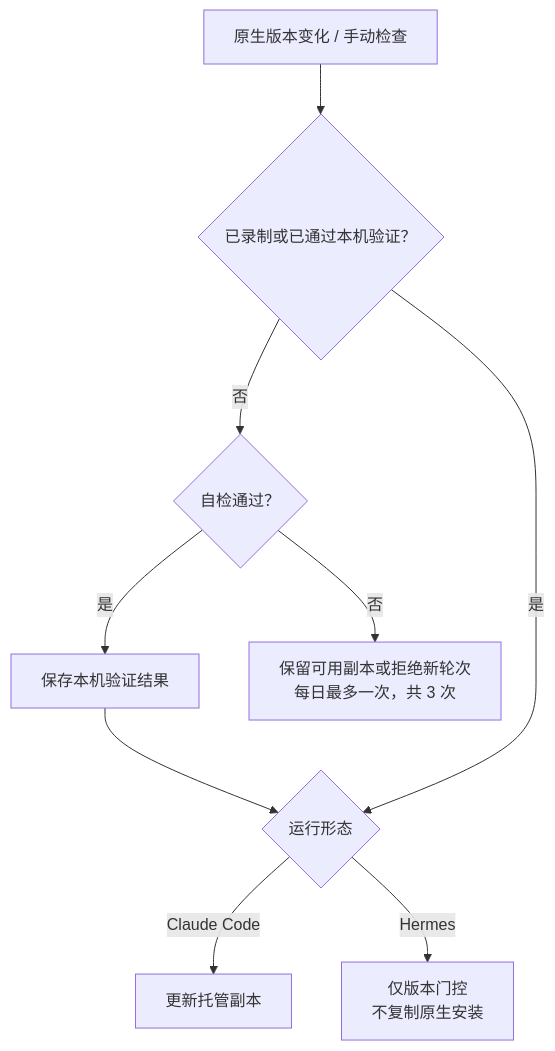
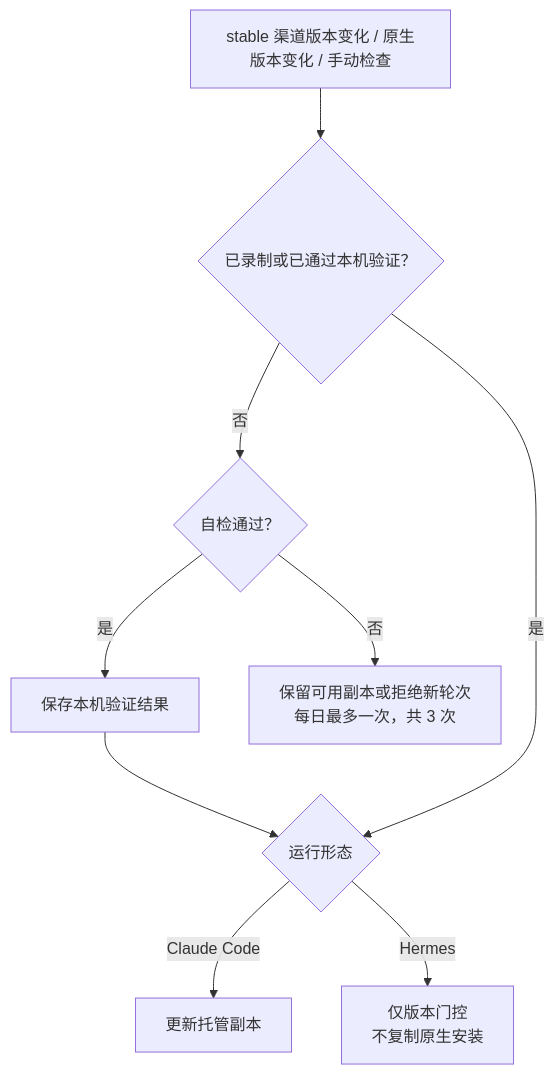
The diagram in docs/design/0023-harness-lifecycle.md (yangflow/hoplet), drawn with Mermaid before and after one commit. The commit also changed other lines of this file, not shown here.

First line of the commit message:
docs(harness): fetch Claude Code from the stable channel

````diff
--- a/docs/design/0023-harness-lifecycle.md
+++ b/docs/design/0023-harness-lifecycle.md
@@ -16,10 +16,10 @@
 ```mermaid
 flowchart TB
-    Change["原生版本变化 / 手动检查"] --> Verified{"已录制或已通过本机验证？"}
+    Change["stable 渠道版本变化 / 原生版本变化 / 手动检查"] --> Verified{"已录制或已通过本机验证？"}
     Verified -- "否" --> Check{"自检通过？"}
     Check -- "是" --> Save["保存本机验证结果"] --> Kind{"运行形态"}
     Verified -- "是" --> Kind
     Kind -- "Claude Code" --> Copy["更新托管副本"]
     Kind -- "Hermes" --> Gate["仅版本门控<br/>不复制原生安装"]
     Check -- "否" --> Failed["保留可用副本或拒绝新轮次<br/>每日最多一次，共 3 次"]
 ```
````
